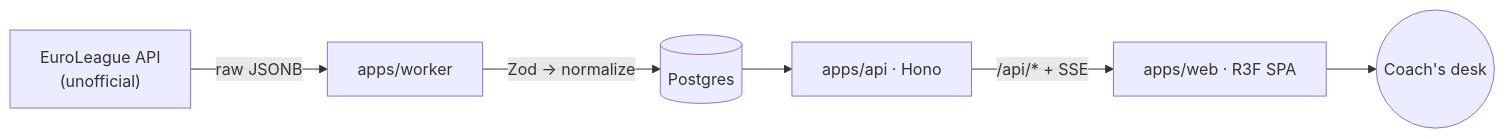
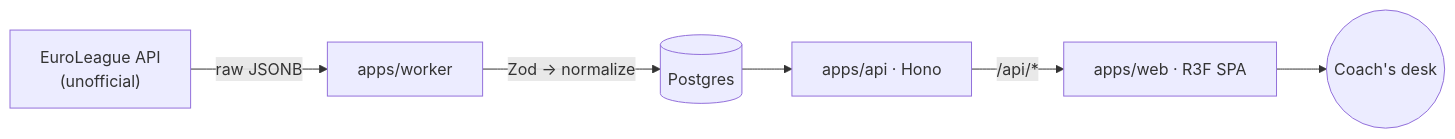
The diagram in README.md (replikduplik/clipboard-site), drawn with Mermaid before and after one commit. The commit also changed other lines of this file, not shown here.

````diff
--- a/README.md
+++ b/README.md
@@ -50,8 +50,8 @@
 ```mermaid
 flowchart LR
     EL["EuroLeague API<br/>(unofficial)"] -->|raw JSONB| W[apps/worker]
     W -->|Zod → normalize| PG[(Postgres)]
     PG --> API[apps/api · Hono]
-    API -->|/api/* + SSE| WEB[apps/web · R3F SPA]
+    API -->|/api/*| WEB[apps/web · R3F SPA]
     WEB --> U((Coach's desk))
 ```
````
